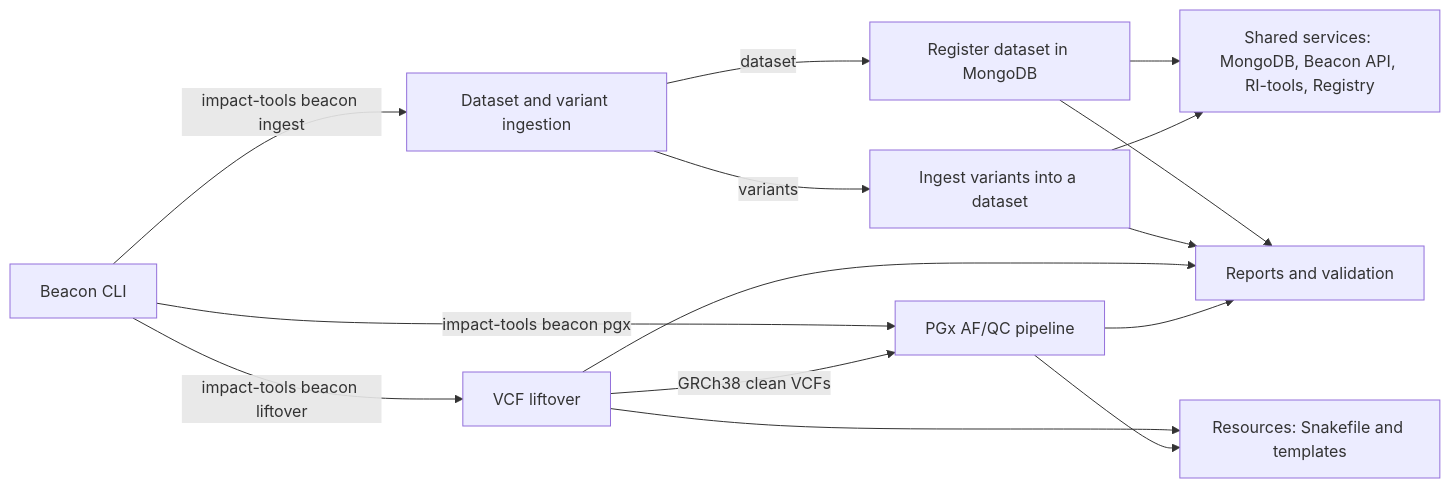
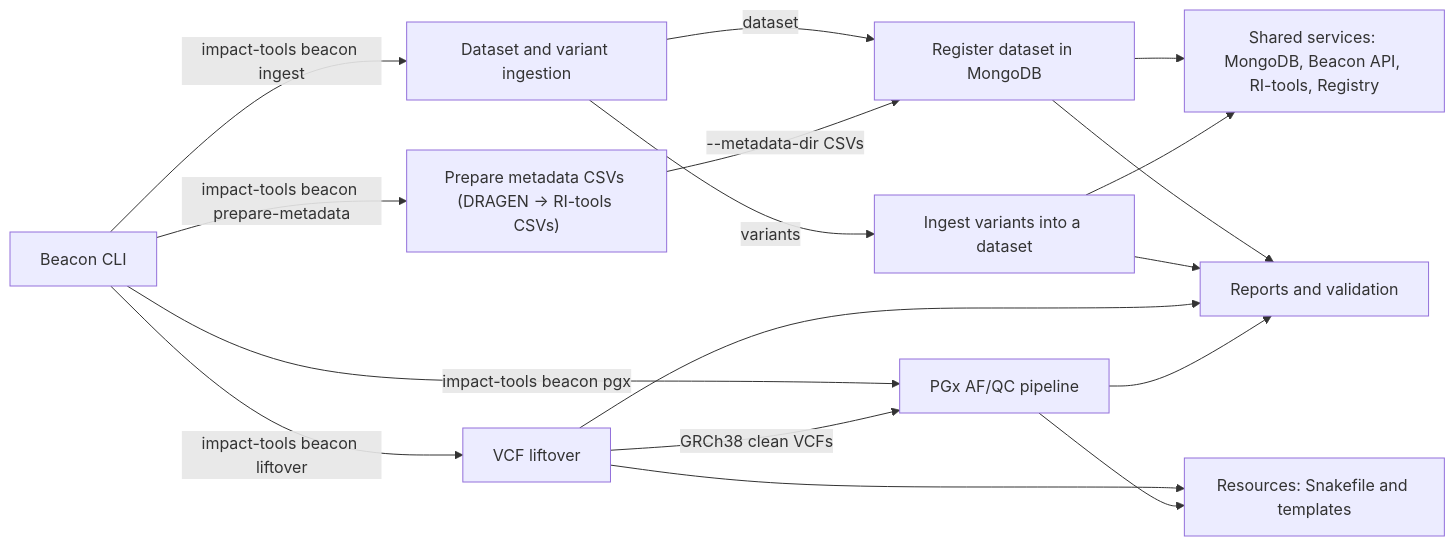
The first of 2 diagrams in docs/beacon/README.md (BU-ISCIII/impact-tools), drawn with Mermaid before and after one commit. The commit also changed other lines of this file and 6 other files, not shown here.

Commit message:
Added prepare-metadata CLI to map DRAGEN outputs fields and --metadata-dir flag to ingest dataset

````diff
--- a/docs/beacon/README.md
+++ b/docs/beacon/README.md
@@ -8,35 +8,39 @@
 ```mermaid
 flowchart LR
 
 CLI["Beacon CLI"]
 
 INGEST["Dataset and variant ingestion"]
 DATASET["Register dataset in MongoDB"]
 VARIANTS["Ingest variants into a dataset"]
 LIFTOVER["VCF liftover"]
 PGX["PGx AF/QC pipeline"]
+METADATA["Prepare metadata CSVs (DRAGEN → RI-tools CSVs)"]
 
 SERVICES["Shared services: MongoDB, Beacon API, RI-tools, Registry"]
 RESOURCES["Resources: Snakefile and templates"]
 REPORTS["Reports and validation"]
 
 CLI --> |"impact-tools beacon ingest"| INGEST
 CLI --> |"impact-tools beacon liftover"| LIFTOVER
 CLI --> |"impact-tools beacon pgx"| PGX
+CLI --> |"impact-tools beacon prepare-metadata"| METADATA
 
 INGEST --> |"dataset"| DATASET
 INGEST --> |"variants"| VARIANTS
+
+METADATA --> |"--metadata-dir CSVs"| DATASET
 
 DATASET --> SERVICES
 VARIANTS --> SERVICES
 
 LIFTOVER --> RESOURCES
 PGX --> RESOURCES
 
 LIFTOVER --> |"GRCh38 clean VCFs"| PGX
 
 DATASET --> REPORTS
 VARIANTS --> REPORTS
 LIFTOVER --> REPORTS
 PGX --> REPORTS
 ```
````
